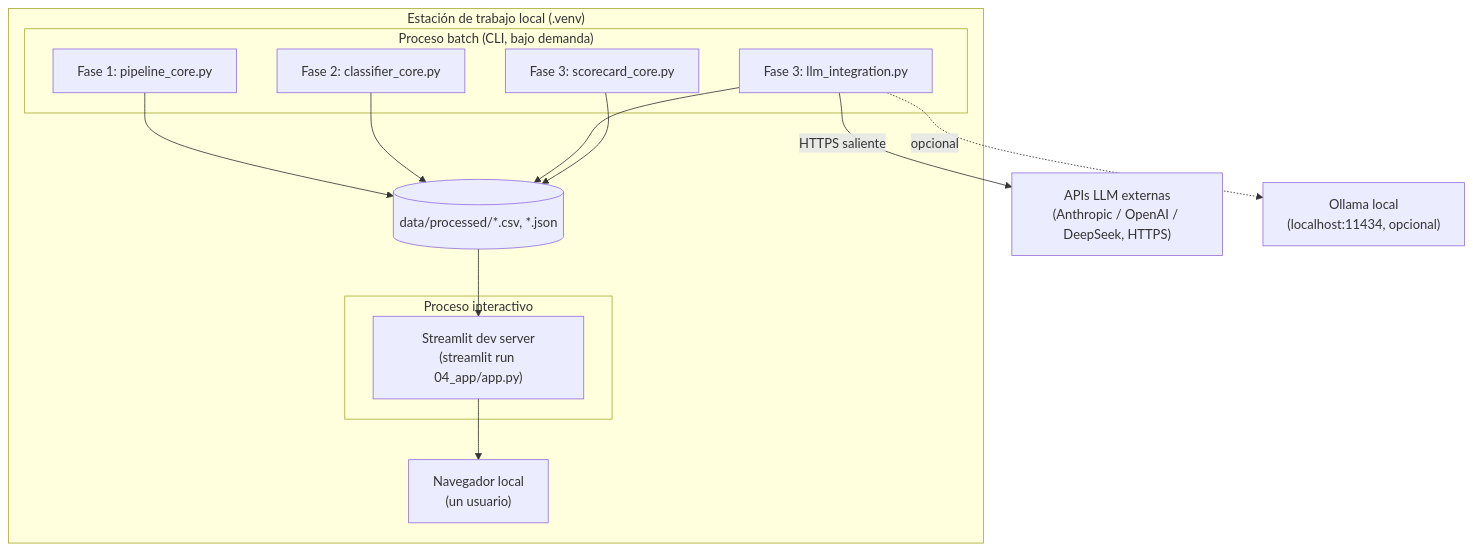
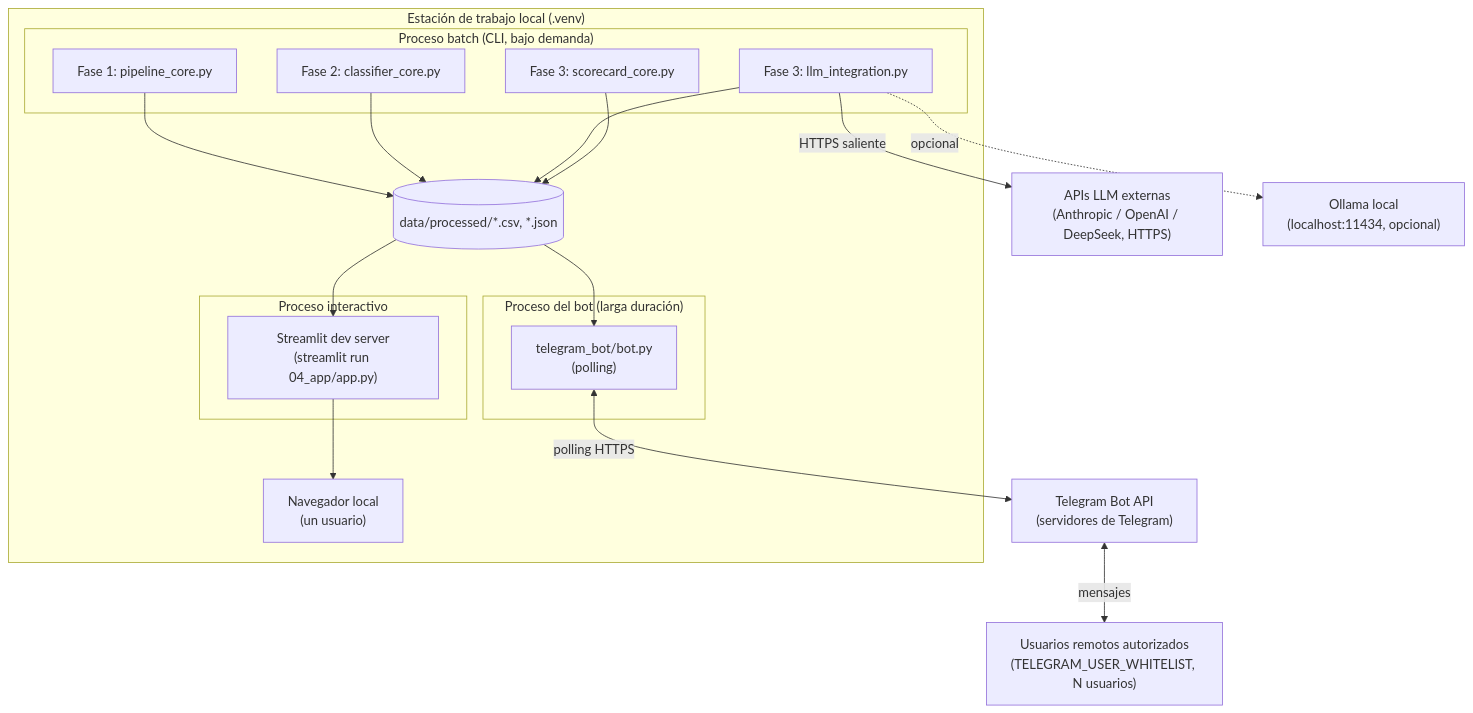
The fourth of 4 diagrams in documentation/SAD.md (CCMarv/po-delay-analyzer), drawn with Mermaid before and after one commit. The commit also changed other lines of this file and 1 other file, not shown here.

First line of the commit message:
docs(SAD): agrega el bot de Telegram a diagramas, despliegue e interfaces

````diff
--- a/documentation/SAD.md
+++ b/documentation/SAD.md
@@ -274,27 +287,35 @@
 ```mermaid
 flowchart TB
     subgraph Local["Estación de trabajo local (.venv)"]
         subgraph Batch["Proceso batch (CLI, bajo demanda)"]
             F1["Fase 1: pipeline_core.py"]
             F2["Fase 2: classifier_core.py"]
             F3a["Fase 3: llm_integration.py"]
             F3b["Fase 3: scorecard_core.py"]
         end
         Disk[("data/processed/*.csv, *.json")]
         subgraph App["Proceso interactivo"]
             St["Streamlit dev server\n(streamlit run 04_app/app.py)"]
         end
+        subgraph BotProc["Proceso del bot (larga duración)"]
+            Bot["telegram_bot/bot.py\n(polling)"]
+        end
         Browser["Navegador local\n(un usuario)"]
     end
     Cloud["APIs LLM externas\n(Anthropic / OpenAI / DeepSeek, HTTPS)"]
     Ollama["Ollama local\n(localhost:11434, opcional)"]
+    TgAPI["Telegram Bot API\n(servidores de Telegram)"]
+    Users["Usuarios remotos autorizados\n(TELEGRAM_USER_WHITELIST, N usuarios)"]
 
     F1 --> Disk
     F2 --> Disk
     F3a -->|HTTPS saliente| Cloud
     F3a -.->|opcional| Ollama
     F3a --> Disk
     F3b --> Disk
     Disk --> St
     St --> Browser
+    Disk --> Bot
+    Bot <-->|polling HTTPS| TgAPI
+    TgAPI <-->|mensajes| Users
 ```
````
